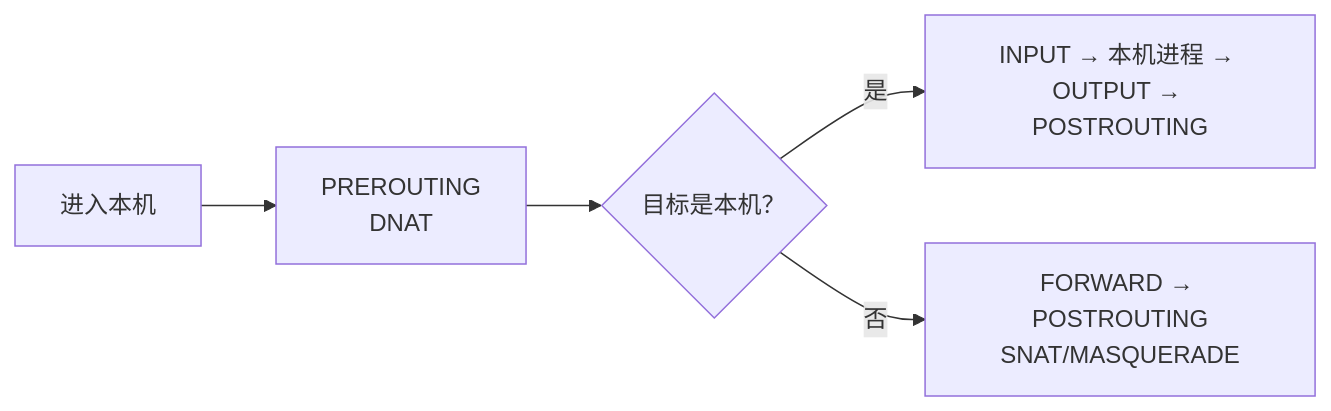
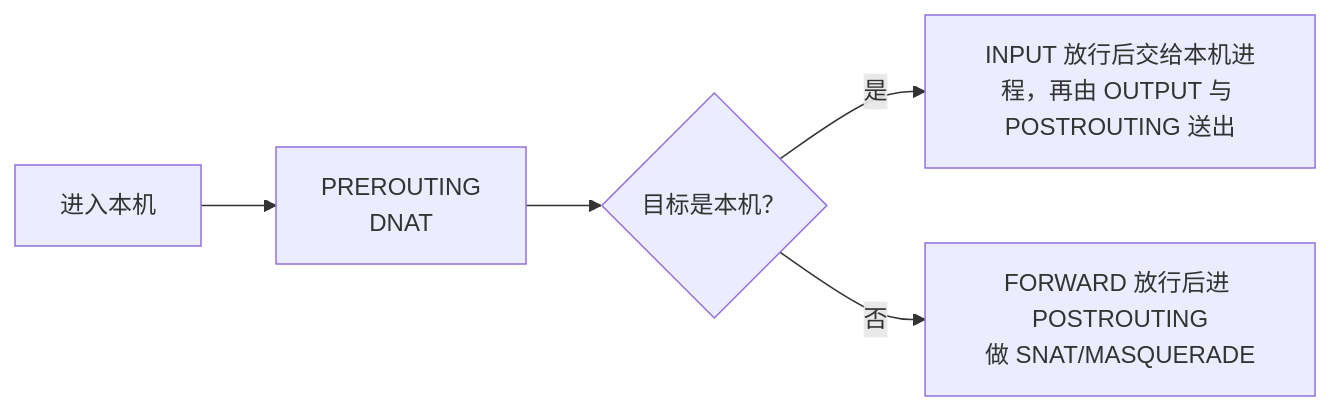
The diagram in Linux/06_网络协议栈与排障/05_体系_一次请求的生命周期.md (realtyz/ops-manual), drawn with Mermaid before and after one commit. The commit also changed other lines of this file and 118 other files, not shown here.

````diff
--- a/Linux/06_网络协议栈与排障/05_体系_一次请求的生命周期.md
+++ b/Linux/06_网络协议栈与排障/05_体系_一次请求的生命周期.md
@@ -96,7 +96,7 @@
 ```mermaid
 flowchart LR
   A["进入本机"] --> B["PREROUTING<br/>DNAT"]
   B --> C{"目标是本机？"}
-  C -- "是" --> D["INPUT → 本机进程 → OUTPUT → POSTROUTING"]
-  C -- "否" --> E["FORWARD → POSTROUTING<br/>SNAT/MASQUERADE"]
+  C -- "是" --> D["INPUT 放行后交给本机进程，再由 OUTPUT 与 POSTROUTING 送出"]
+  C -- "否" --> E["FORWARD 放行后进 POSTROUTING<br/>做 SNAT/MASQUERADE"]
 ```
````
